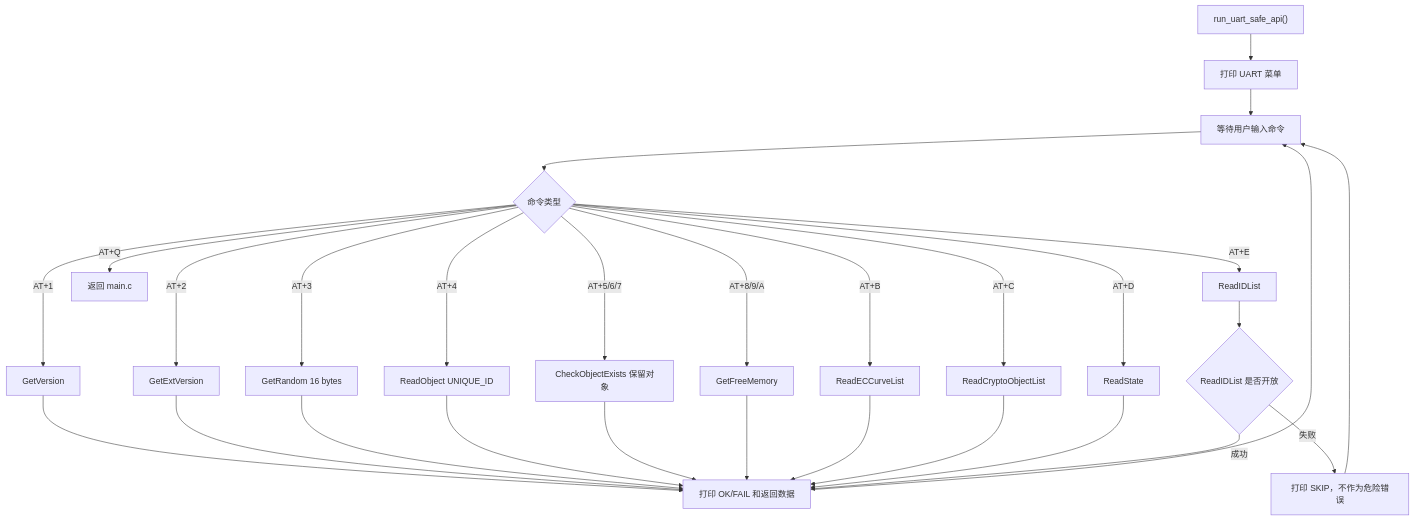
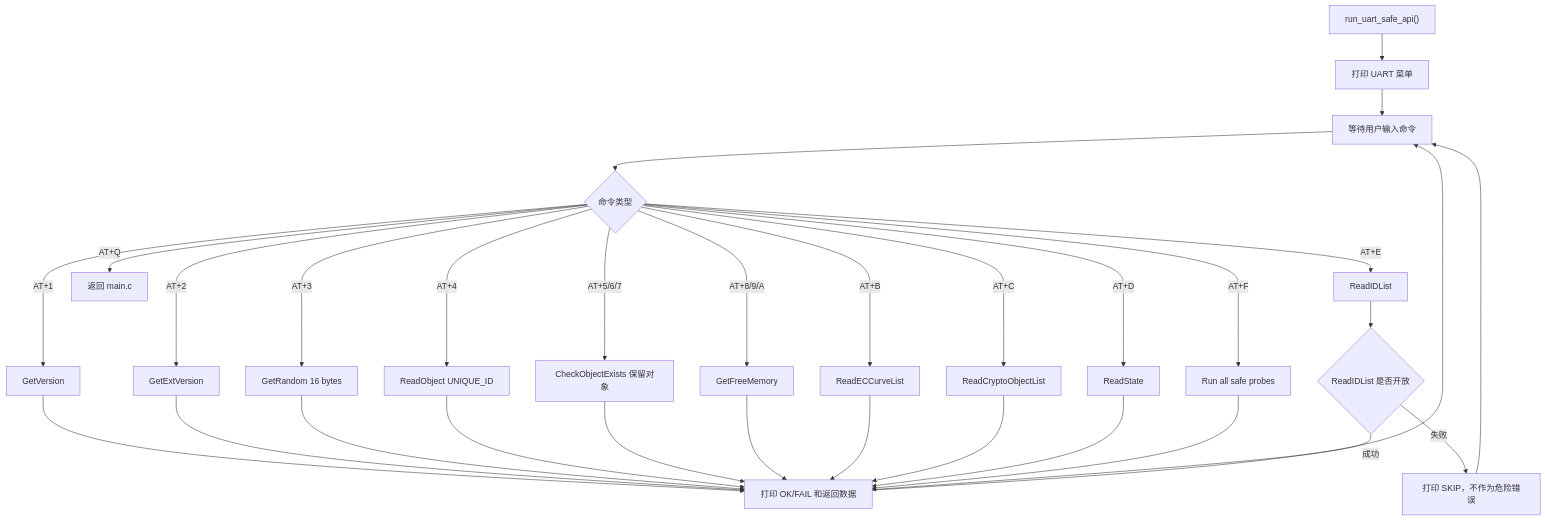
The second of 13 diagrams in demo/README.md (tianrking/nrf54lm20-se05x-ncs), drawn with Mermaid before and after one commit. The commit also changed other lines of this file and 2 other files, not shown here.

Commit message:
Enhance UART safe API probing

````diff
--- a/demo/README.md
+++ b/demo/README.md
@@ -129,31 +130,33 @@
 ```mermaid
 flowchart TD
     A["run_uart_safe_api()"] --> B["打印 UART 菜单"]
     B --> C["等待用户输入命令"]
     C --> D{"命令类型"}
     D -->|AT+1| E["GetVersion"]
     D -->|AT+2| F["GetExtVersion"]
     D -->|AT+3| G["GetRandom 16 bytes"]
     D -->|AT+4| H["ReadObject UNIQUE_ID"]
     D -->|AT+5/6/7| I["CheckObjectExists 保留对象"]
     D -->|AT+8/9/A| J["GetFreeMemory"]
     D -->|AT+B| K["ReadECCurveList"]
     D -->|AT+C| L["ReadCryptoObjectList"]
     D -->|AT+D| M["ReadState"]
     D -->|AT+E| N["ReadIDList"]
+    D -->|AT+F| S["Run all safe probes"]
     D -->|AT+Q| O["返回 main.c"]
     E --> P["打印 OK/FAIL 和返回数据"]
     F --> P
     G --> P
     H --> P
     I --> P
     J --> P
     K --> P
     L --> P
     M --> P
+    S --> P
     N --> Q{"ReadIDList 是否开放"}
     Q -->|成功| P
     Q -->|失败| R["打印 SKIP，不作为危险错误"]
     P --> C
     R --> C
 ```
````
